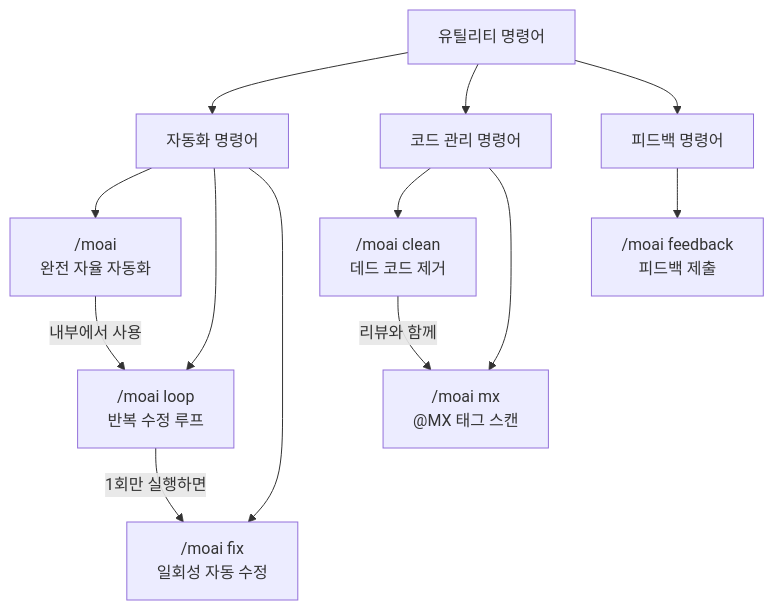
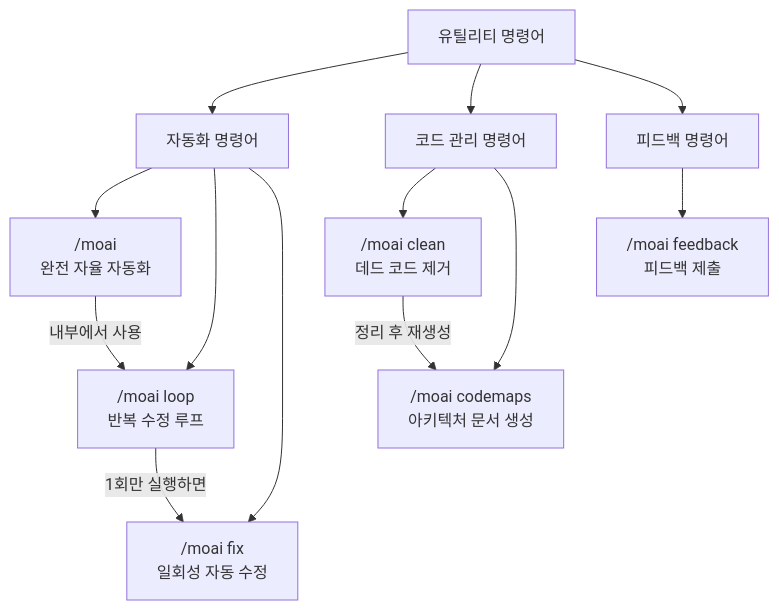
Before and after one commit to modu-ai/moai-adk: the diagram in docs-site/content/ko/utility-commands/_index.md, drawn with Mermaid. The commit also changed other lines of this file and 100 other files, not shown here.

````diff
--- a/docs-site/content/ko/utility-commands/_index.md
+++ b/docs-site/content/ko/utility-commands/_index.md
@@ -31,17 +31,17 @@
 ```mermaid
 flowchart TD
     A[유틸리티 명령어] --> B[자동화 명령어]
     A --> C[코드 관리 명령어]
     A --> D[피드백 명령어]
 
     B --> E["/moai<br/>완전 자율 자동화"]
     B --> F["/moai loop<br/>반복 수정 루프"]
     B --> G["/moai fix<br/>일회성 자동 수정"]
     C --> H["/moai clean<br/>데드 코드 제거"]
-    C --> I["/moai mx<br/>@MX 태그 스캔"]
+    C --> I["/moai codemaps<br/>아키텍처 문서 생성"]
     D --> J["/moai feedback<br/>피드백 제출"]
 
     E -->|내부에서 사용| F
     F -->|1회만 실행하면| G
-    H -->|리뷰와 함께| I
+    H -->|정리 후 재생성| I
 ```
````
